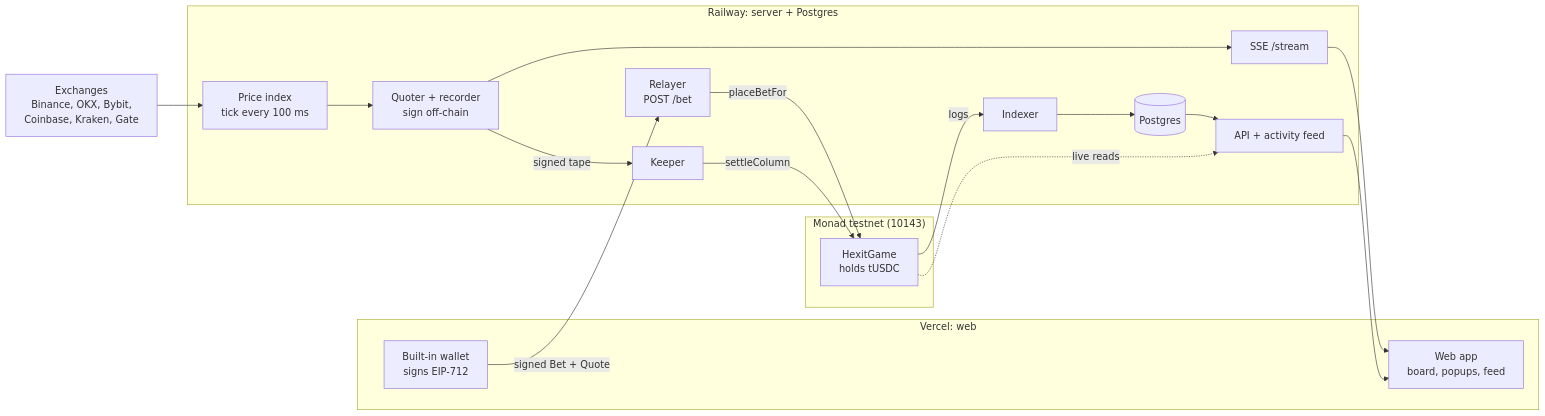
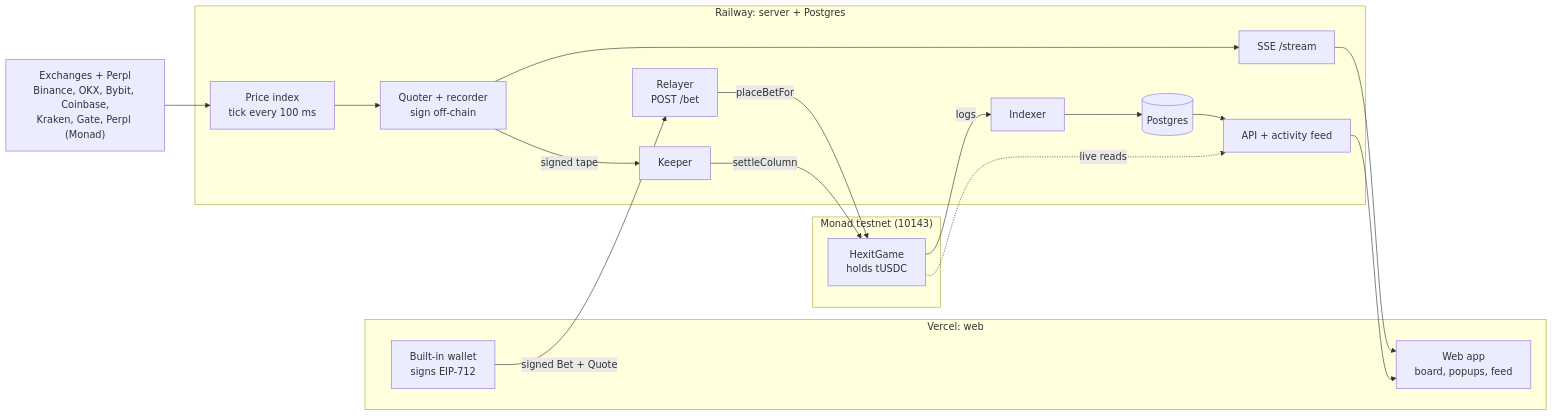
Before and after one commit to penguinpecker/hexit: the diagram in README.md, drawn with Mermaid. The commit also changed other lines of this file and 6 other files, not shown here.

Commit message:
Price index: Perpl's Monad order books join the six exchanges (7 venues, quorum 4)

````diff
--- a/README.md
+++ b/README.md
@@ -28,30 +28,30 @@
 ```mermaid
 flowchart LR
-  EX["Exchanges<br/>Binance, OKX, Bybit,<br/>Coinbase, Kraken, Gate"]
+  EX["Exchanges + Perpl<br/>Binance, OKX, Bybit, Coinbase,<br/>Kraken, Gate, Perpl (Monad)"]
 
   subgraph VERCEL["Vercel: web"]
     APP["Web app<br/>board, popups, feed"]
     WALLET["Built-in wallet<br/>signs EIP-712"]
   end
 
   subgraph RAILWAY["Railway: server + Postgres"]
     INDEX["Price index<br/>tick every 100 ms"]
     SIGN["Quoter + recorder<br/>sign off-chain"]
     SSE["SSE /stream"]
     RELAYER["Relayer<br/>POST /bet"]
     KEEPER["Keeper"]
     INDEXER["Indexer"]
     PG[("Postgres")]
     API["API + activity feed"]
   end
 
   subgraph MONAD["Monad testnet (10143)"]
     GAME["HexitGame<br/>holds tUSDC"]
   end
 
   EX --> INDEX --> SIGN --> SSE --> APP
   WALLET -->|"signed Bet + Quote"| RELAYER -->|"placeBetFor"| GAME
   SIGN -->|"signed tape"| KEEPER -->|"settleColumn"| GAME
   GAME -->|"logs"| INDEXER --> PG --> API --> APP
   GAME -.->|"live reads"| API
 ```
````
